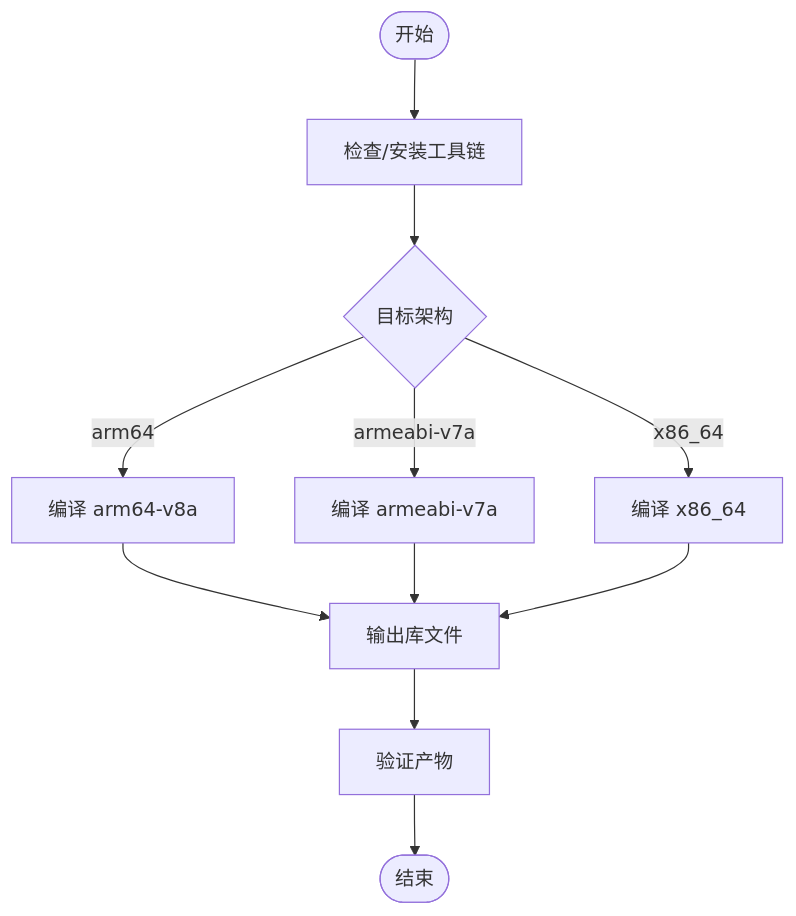
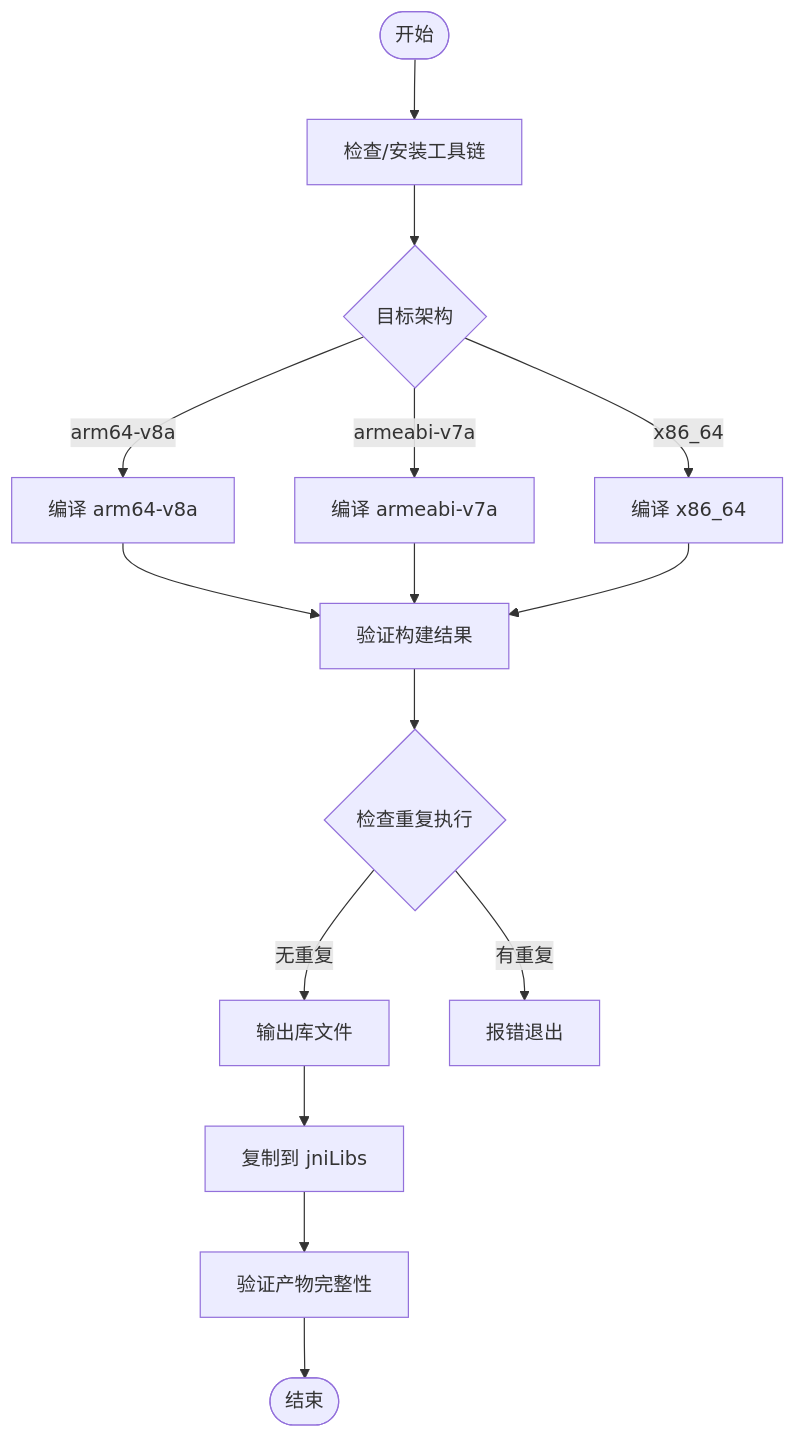
One commit to ZhangGHGitHub/LegadoTeamFlutter changed the fifth of 7 diagrams in .qoder/repowiki/zh/content/构建和部署/自动化脚本.md. Above: the diagram before and after it, drawn with Mermaid. The commit also changed other lines of this file and 173 other files, not shown here.

````diff
--- a/.qoder/repowiki/zh/content/构建和部署/自动化脚本.md
+++ b/.qoder/repowiki/zh/content/构建和部署/自动化脚本.md
@@ -202,13 +219,17 @@
 ```mermaid
 flowchart TD
 Start(["开始"]) --> Toolchain["检查/安装工具链"]
 Toolchain --> Target{"目标架构"}
-Target --> |arm64| BuildArm64["编译 arm64-v8a"]
+Target --> |arm64-v8a| BuildArm64["编译 arm64-v8a"]
 Target --> |armeabi-v7a| BuildArm32["编译 armeabi-v7a"]
 Target --> |x86_64| BuildX64["编译 x86_64"]
-BuildArm64 --> Output["输出库文件"]
-BuildArm32 --> Output
-BuildX64 --> Output
-Output --> Verify["验证产物"]
+BuildArm64 --> Validate["验证构建结果"]
+BuildArm32 --> Validate
+BuildX64 --> Validate
+Validate --> NoDup{"检查重复执行"}
+NoDup --> |无重复| Output["输出库文件"]
+NoDup --> |有重复| Error["报错退出"]
+Output --> Copy["复制到 jniLibs"]
+Copy --> Verify["验证产物完整性"]
 Verify --> End(["结束"])
 ```
````
